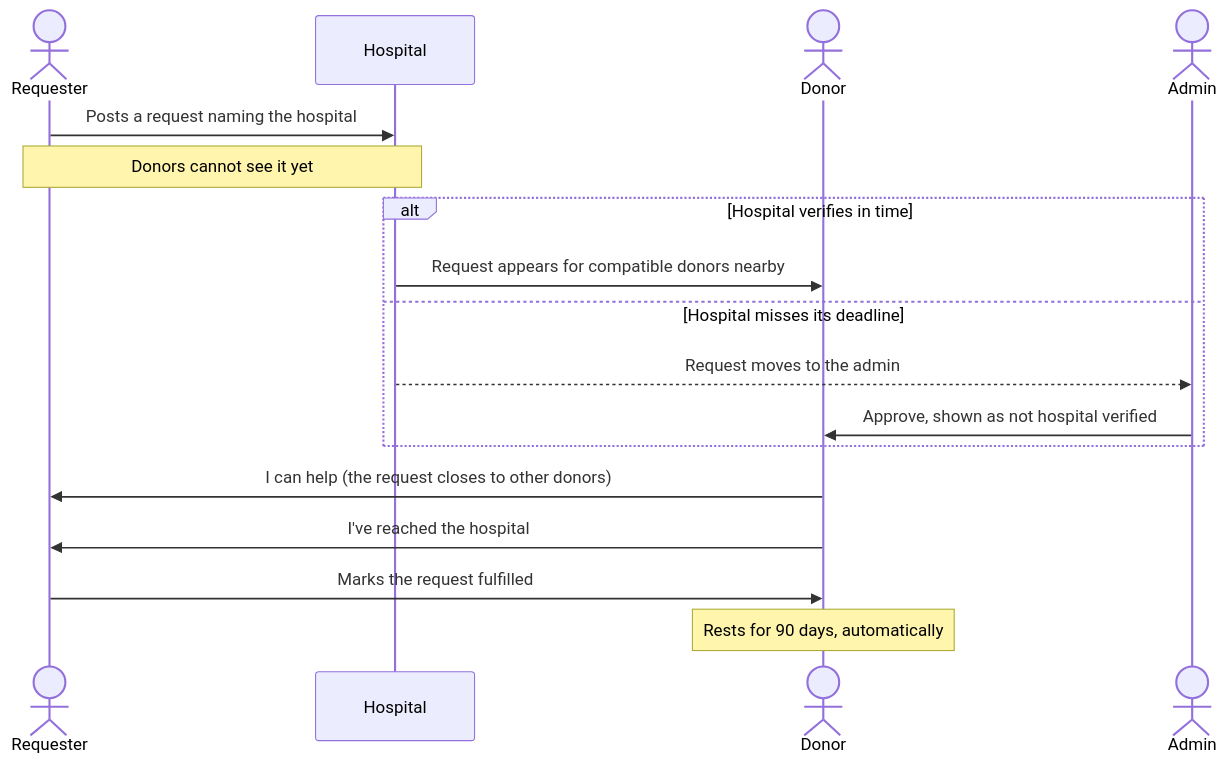
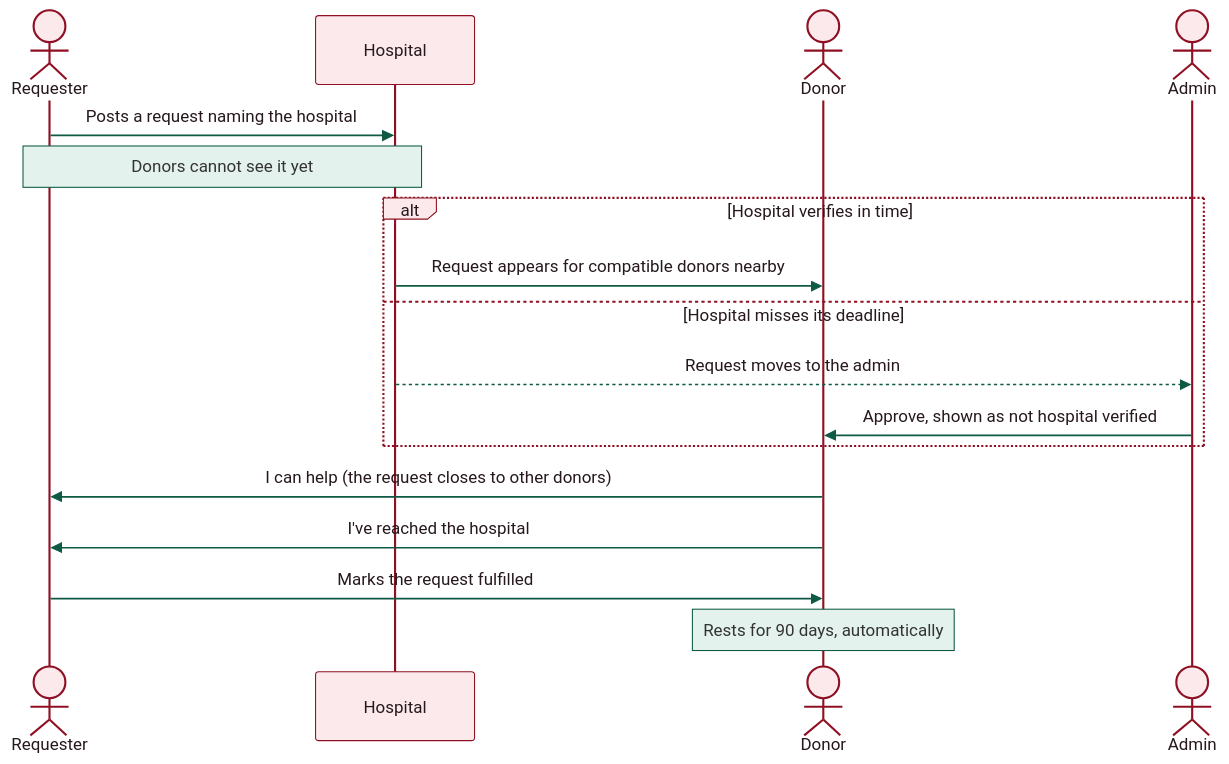
One commit to Harsha-Talreja/Atiya-blood-network changed the first of 3 diagrams in README.md. Above: the diagram before and after it, drawn with Mermaid. The commit also changed other lines of this file and 3 other files, not shown here.

First line of the commit message:
README: animated hero, story, demo GIF, themed diagrams, social preview image

````diff
--- a/README.md
+++ b/README.md
@@ -84,19 +100,20 @@
 ```mermaid
+%%{init: {'theme':'base','themeVariables':{'primaryColor':'#FBE9EC','primaryBorderColor':'#C7192D','primaryTextColor':'#26181C','lineColor':'#0F5A44','secondaryColor':'#E3F2EC','tertiaryColor':'#FAF8F7','actorBkg':'#FBE9EC','actorTextColor':'#26181C','actorBorder':'#8E1022','signalColor':'#0F5A44','noteBkgColor':'#E3F2EC','noteBorderColor':'#0F5A44','fontFamily':'Inter,Segoe UI,sans-serif'}}}%%
 sequenceDiagram
     actor R as Requester
     participant H as Hospital
     actor D as Donor
     actor A as Admin
     R->>H: Posts a request naming the hospital
     Note over R,H: Donors cannot see it yet
     alt Hospital verifies in time
         H->>D: Request appears for compatible donors nearby
     else Hospital misses its deadline
         H-->>A: Request moves to the admin
         A->>D: Approve, shown as not hospital verified
     end
     D->>R: I can help (the request closes to other donors)
     D->>R: I've reached the hospital
     R->>D: Marks the request fulfilled
     Note over D: Rests for 90 days, automatically
 ```
````
